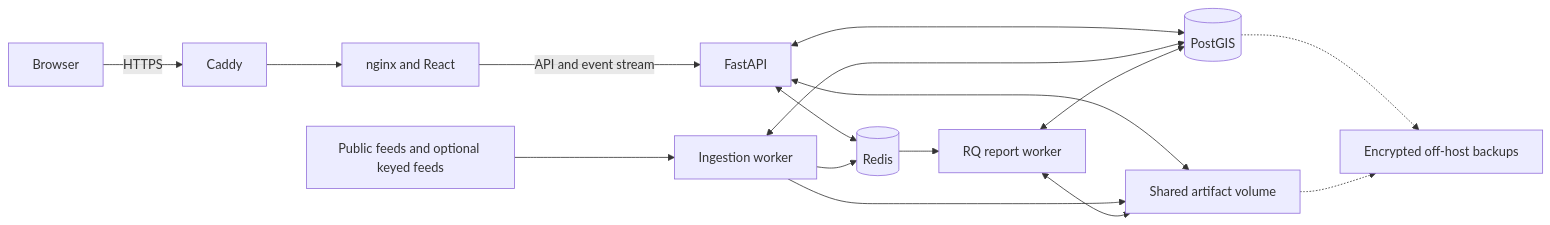
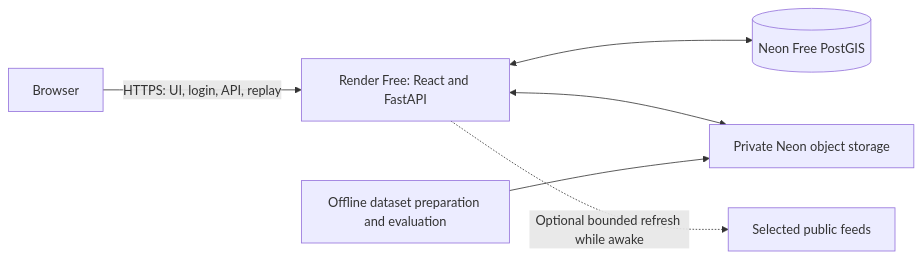
Before and after one commit to gverma0007/skynexus: the diagram in docs/HOSTING.md, drawn with Mermaid. The commit also changed other lines of this file and 1 other file, not shown here.

Commit message:
Prioritize a free sleeping demo in the hosting plan

````diff
--- a/docs/HOSTING.md
+++ b/docs/HOSTING.md
@@ -24,18 +21,8 @@
 ```mermaid
 flowchart LR
-    Browser -->|HTTPS| Gateway[Caddy]
-    Gateway --> UI[nginx and React]
-    UI -->|API and event stream| Web[FastAPI]
-    Providers[Public feeds and optional keyed feeds] --> Ingest[Ingestion worker]
-    Web <--> DB[(PostGIS)]
-    Ingest <--> DB
-    Web <--> Redis[(Redis)]
-    Ingest --> Redis
-    Redis --> Jobs[RQ report worker]
-    Jobs <--> DB
-    Web <--> Files[Shared artifact volume]
-    Ingest --> Files
-    Jobs <--> Files
-    DB -.-> Backup[Encrypted off-host backups]
-    Files -.-> Backup
+    Browser -->|HTTPS: UI, login, API, replay| Web[Render Free: React and FastAPI]
+    Web <--> DB[(Neon Free PostGIS)]
+    Web <--> Objects[Private Neon object storage]
+    Prepared[Offline dataset preparation and evaluation] --> Objects
+    Web -.->|Optional bounded refresh while awake| Feeds[Selected public feeds]
 ```
````
